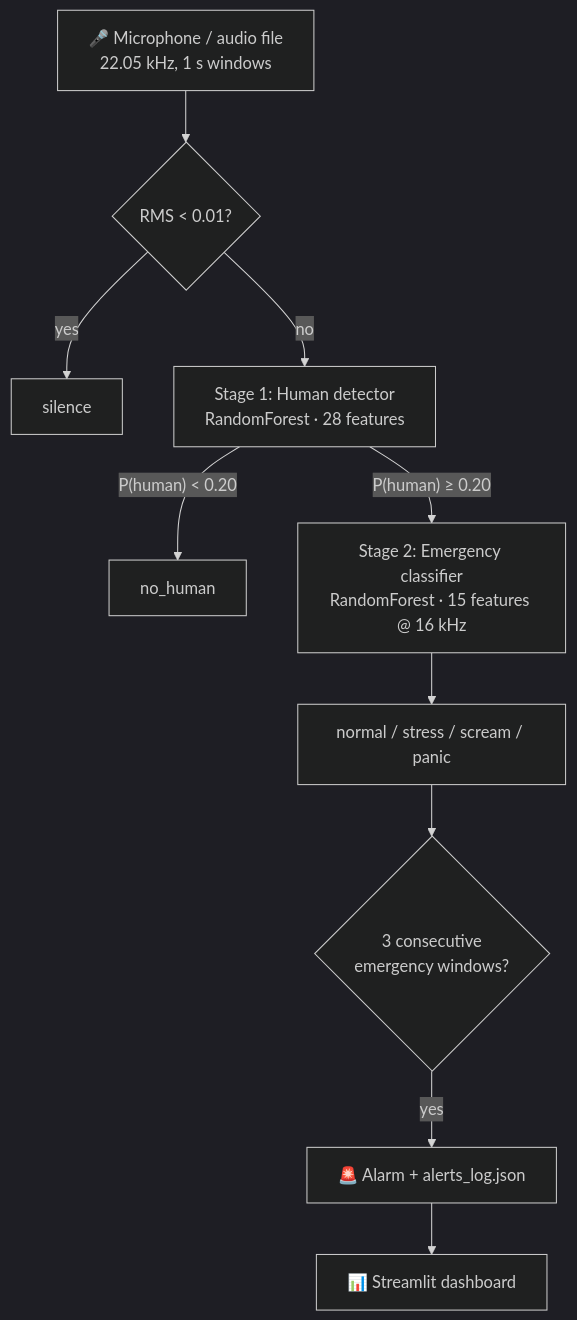
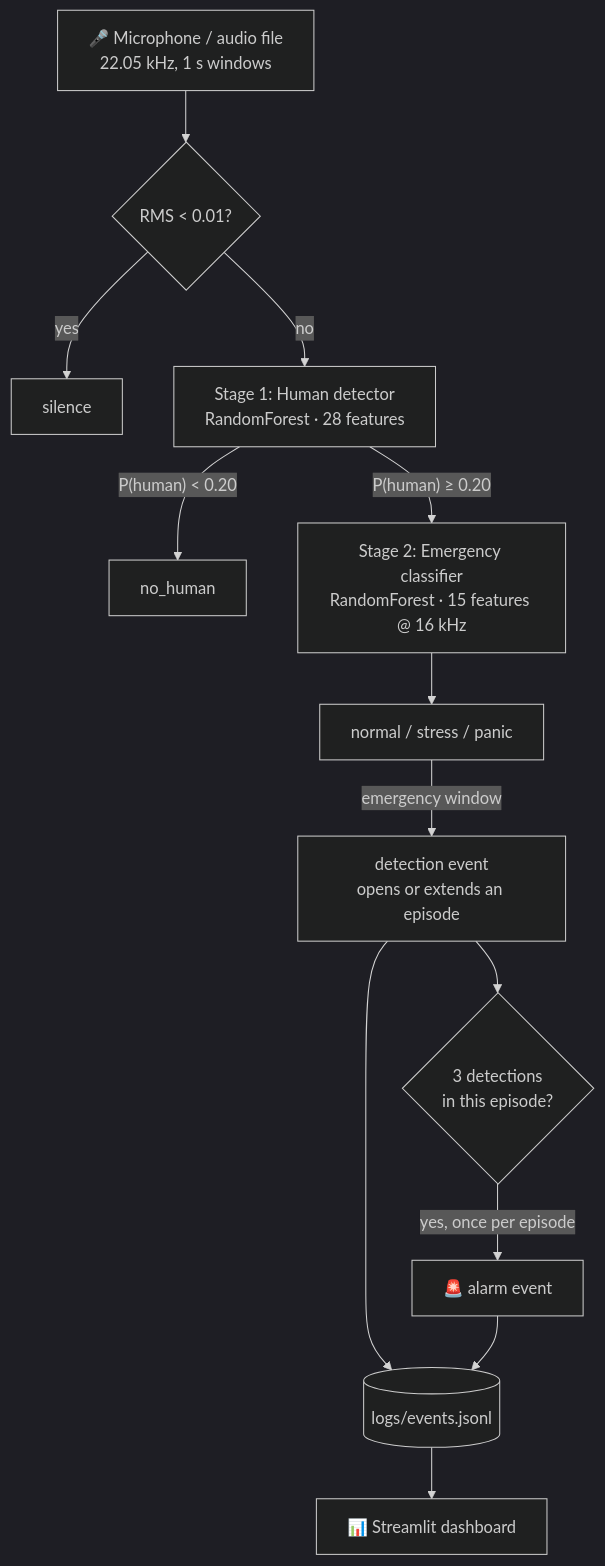
One commit to BurakYildizGameDev/Stress_Detection_from_Sound_Signals_and_Application_to_Detecting_Survivors_Under_Rubble changed the diagram in README.md. Above: the diagram before and after it, drawn with Mermaid (dark theme). The commit also changed other lines of this file and 11 other files, not shown here.

````diff
--- a/README.md
+++ b/README.md
@@ -53,12 +58,14 @@
 ```mermaid
 flowchart TD
     A[🎤 Microphone / audio file<br/>22.05 kHz, 1 s windows] --> B{RMS &lt; 0.01?}
     B -- yes --> S[silence]
     B -- no --> C[Stage 1: Human detector<br/>RandomForest · 28 features]
     C -- "P(human) &lt; 0.20" --> N[no_human]
     C -- "P(human) ≥ 0.20" --> D[Stage 2: Emergency classifier<br/>RandomForest · 15 features @ 16 kHz]
-    D --> E[normal / stress / scream / panic]
-    E --> F{3 consecutive<br/>emergency windows?}
-    F -- yes --> G[🚨 Alarm + alerts_log.json]
-    G --> H[📊 Streamlit dashboard]
+    D --> E[normal / stress / panic]
+    E -- "emergency window" --> F[detection event<br/>opens or extends an episode]
+    F --> G{3 detections<br/>in this episode?}
+    G -- "yes, once per episode" --> H[🚨 alarm event]
+    F & H --> L[(logs/events.jsonl)]
+    L --> P[📊 Streamlit dashboard]
 ```
````
